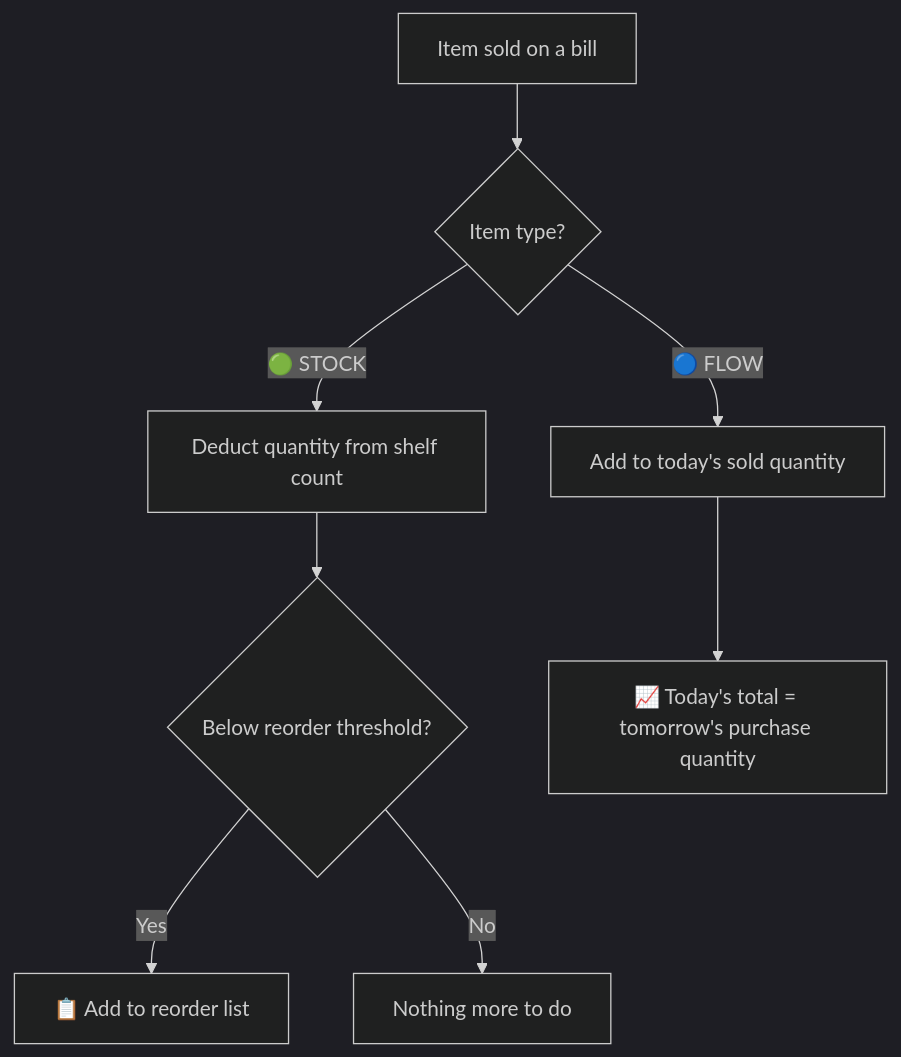
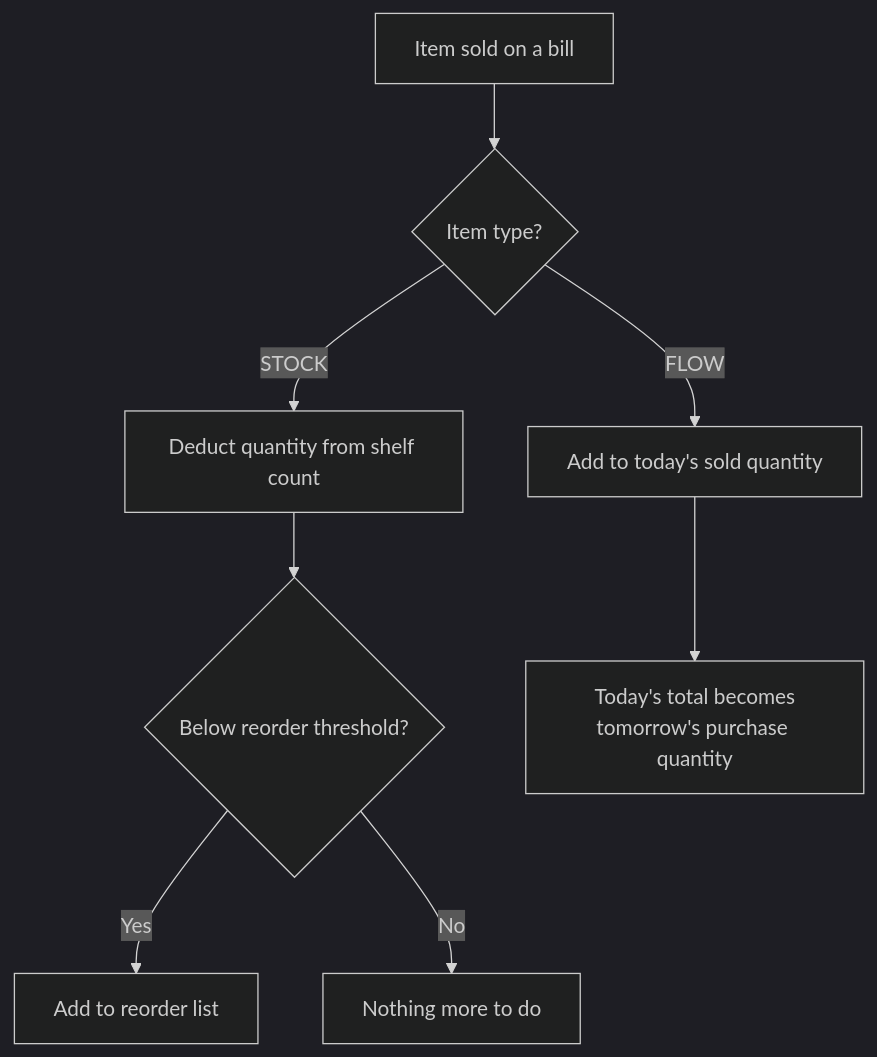
The sixth of 7 diagrams in README.md (bowsii/Kirana-Flow), drawn with Mermaid (dark theme) before and after one commit. The commit also changed other lines of this file, not shown here.

````diff
--- a/README.md
+++ b/README.md
@@ -265,12 +273,12 @@
 ```mermaid
 flowchart TD
-    A[Item sold on a bill] --> B{Item type?}
+    A["Item sold on a bill"] --> B{"Item type?"}
 
-    B -- 🟢 STOCK --> C[Deduct quantity from shelf count]
-    C --> D{Below reorder threshold?}
-    D -- Yes --> E[📋 Add to reorder list]
-    D -- No --> F[Nothing more to do]
+    B -->|"STOCK"| C["Deduct quantity from shelf count"]
+    C --> D{"Below reorder threshold?"}
+    D -->|"Yes"| E["Add to reorder list"]
+    D -->|"No"| F["Nothing more to do"]
 
-    B -- 🔵 FLOW --> G[Add to today's sold quantity]
-    G --> H[📈 Today's total = tomorrow's purchase quantity]
+    B -->|"FLOW"| G["Add to today's sold quantity"]
+    G --> H["Today's total becomes<br/>tomorrow's purchase quantity"]
 ```
````
